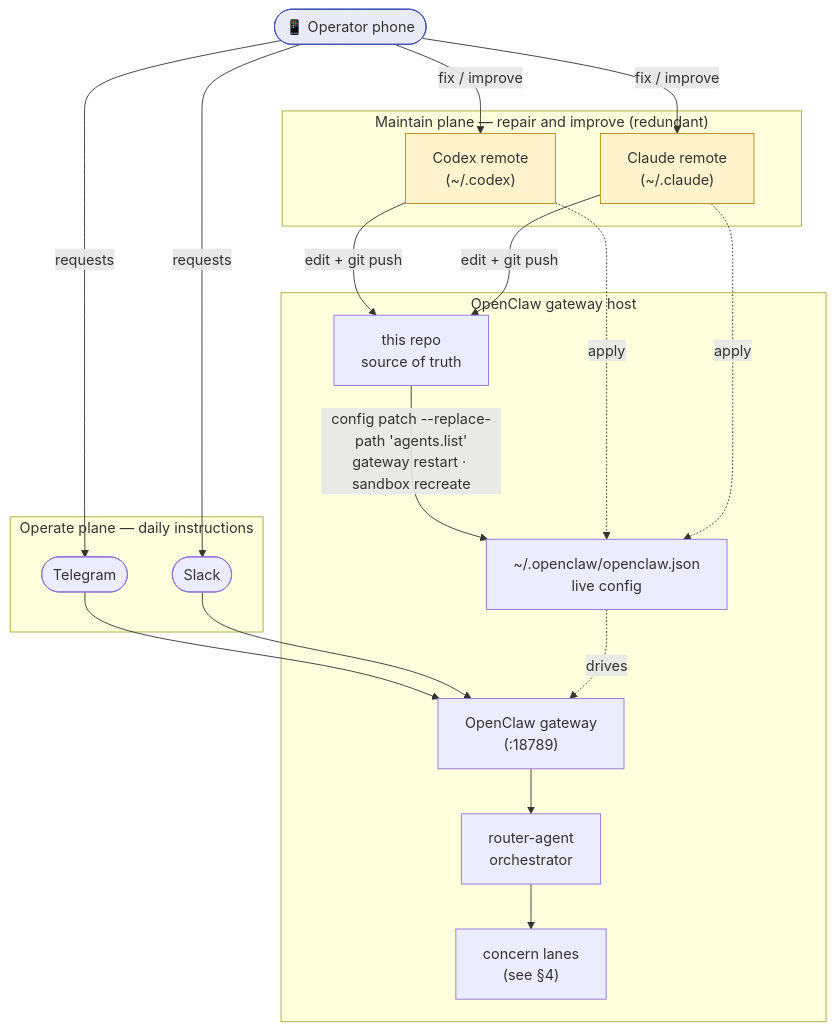
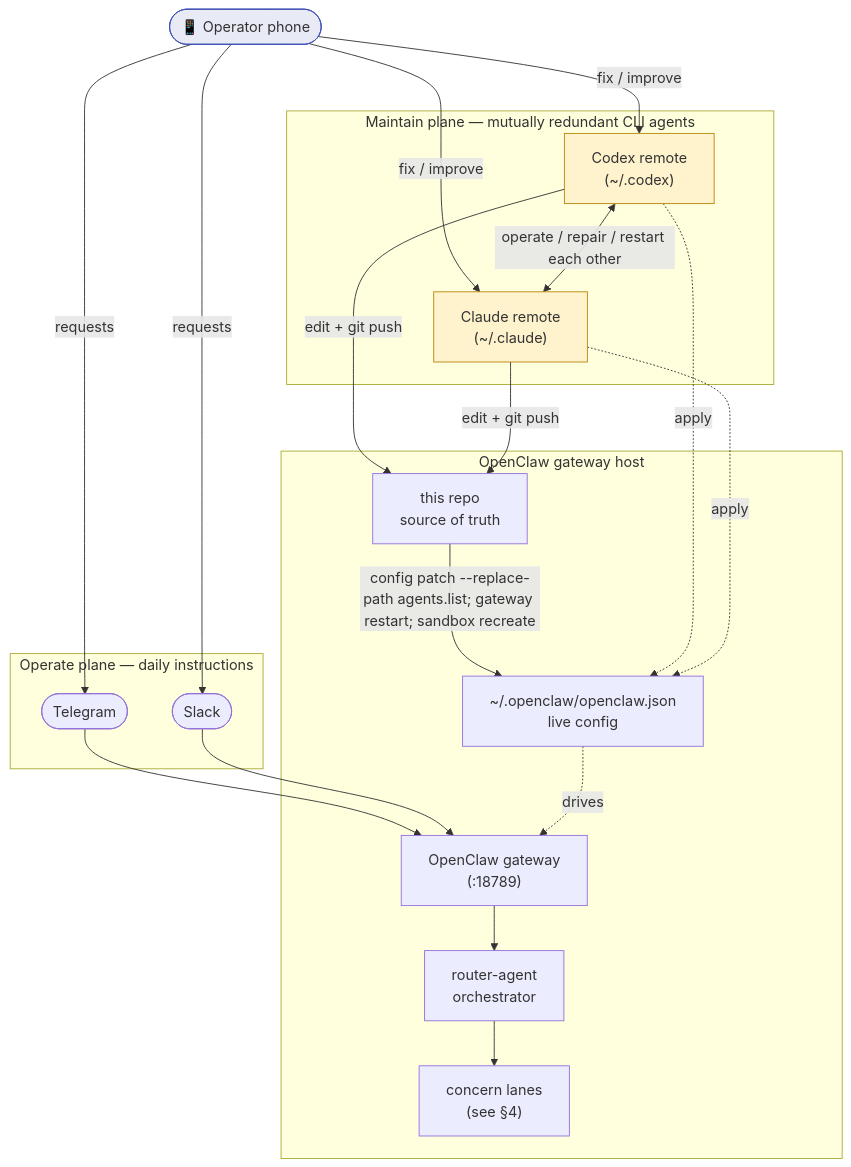
The first of 4 diagrams in docs/host-topology.md (nyasukun/my-openclaw-maintenance), drawn with Mermaid before and after one commit. The commit also changed other lines of this file, not shown here.

First line of the commit message:
Fix host-topology Mermaid rendering and show mutual remote redundancy

````diff
--- a/docs/host-topology.md
+++ b/docs/host-topology.md
@@ -28,43 +29,44 @@
 ```mermaid
 flowchart TB
     phone(["📱 Operator phone"])
 
     subgraph operate["Operate plane — daily instructions"]
         tg([Telegram])
         sl([Slack])
     end
 
-    subgraph maintain["Maintain plane — repair and improve (redundant)"]
+    subgraph maintain["Maintain plane — mutually redundant CLI agents"]
         cx["Codex remote<br/>(~/.codex)"]
         cl["Claude remote<br/>(~/.claude)"]
     end
 
     phone -->|requests| tg
     phone -->|requests| sl
     phone -->|fix / improve| cx
     phone -->|fix / improve| cl
+    cx <-->|"operate / repair / restart each other"| cl
 
     subgraph host["OpenClaw gateway host"]
         gw["OpenClaw gateway<br/>(:18789)"]
         R["router-agent<br/>orchestrator"]
         lanes["concern lanes<br/>(see §4)"]
         repo["this repo<br/>source of truth"]
         live["~/.openclaw/openclaw.json<br/>live config"]
     end
 
     tg --> gw
     sl --> gw
     gw --> R --> lanes
 
     cx -->|edit + git push| repo
     cl -->|edit + git push| repo
-    repo -->|"config patch --replace-path 'agents.list'<br/>gateway restart · sandbox recreate"| live
-    cx -. apply .-> live
-    cl -. apply .-> live
-    live -. drives .-> gw
+    repo -->|"config patch --replace-path agents.list; gateway restart; sandbox recreate"| live
+    cx -.->|apply| live
+    cl -.->|apply| live
+    live -.->|drives| gw
 
     classDef ph fill:#e8eaf6,stroke:#3f51b5;
     classDef m fill:#fff3cd,stroke:#b8860b;
     class phone ph;
     class cx,cl m;
 ```
````
